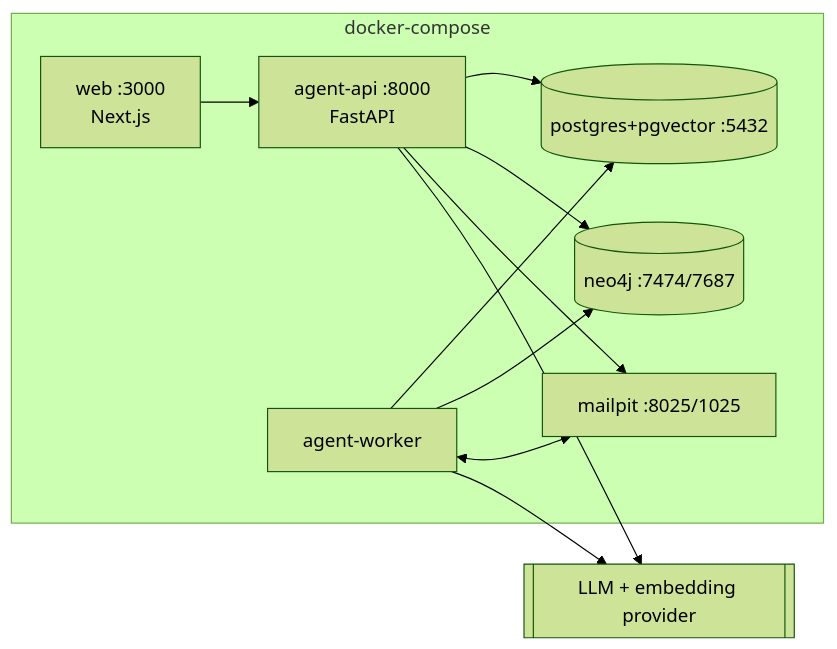
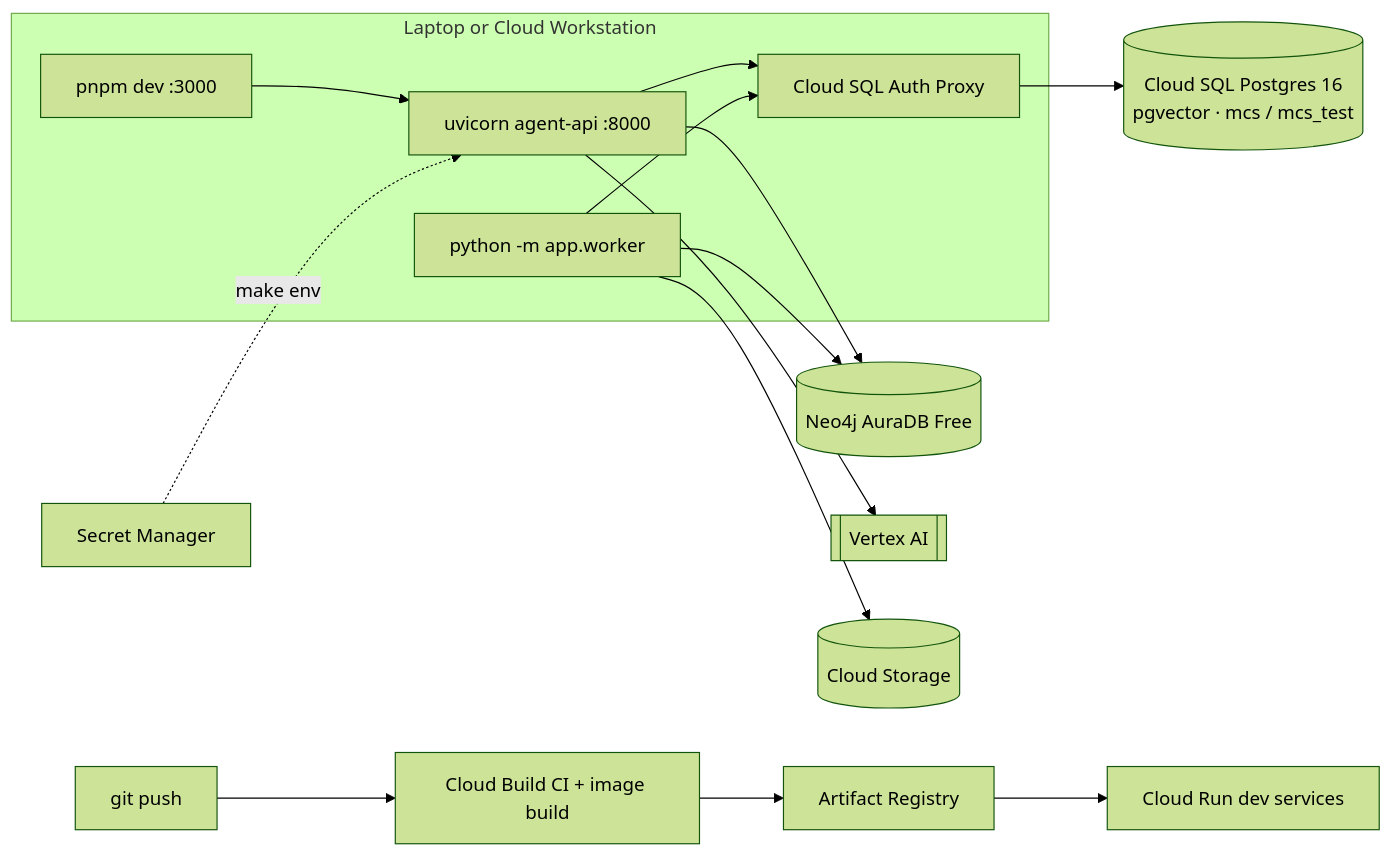
The fourth of 5 diagrams in docs-src/hld.md (FreakForever/customer-service-poc), drawn with Mermaid (forest theme) before and after one commit. The commit also changed other lines of this file and 10 other files, not shown here.

````diff
--- a/docs-src/hld.md
+++ b/docs-src/hld.md
@@ -238,14 +242,16 @@
 ```mermaid
 flowchart LR
-  subgraph docker-compose
-    web[web :3000<br/>Next.js] --> api[agent-api :8000<br/>FastAPI]
-    worker[agent-worker] --> pg[(postgres+pgvector :5432)]
-    api --> pg
-    api --> neo[(neo4j :7474/7687)]
-    worker --> neo
-    worker <--> mail[mailpit :8025/1025]
-    api --> mail
+  subgraph Laptop or Cloud Workstation
+    web[pnpm dev :3000] --> api[uvicorn agent-api :8000]
+    wk[python -m app.worker]
+    px[Cloud SQL Auth Proxy]
   end
-  api --> llm[[LLM + embedding provider]]
-  worker --> llm
+  api --> px --> sql[(Cloud SQL Postgres 16<br/>pgvector · mcs / mcs_test)]
+  wk --> px
+  api --> aura[(Neo4j AuraDB Free)]
+  wk --> aura
+  api --> vtx[[Vertex AI]]
+  wk --> gcs[(Cloud Storage)]
+  sm[Secret Manager] -. make env .-> api
+  git[git push] --> cb[Cloud Build CI + image build] --> ar[Artifact Registry] --> run[Cloud Run dev services]
 ```
````
